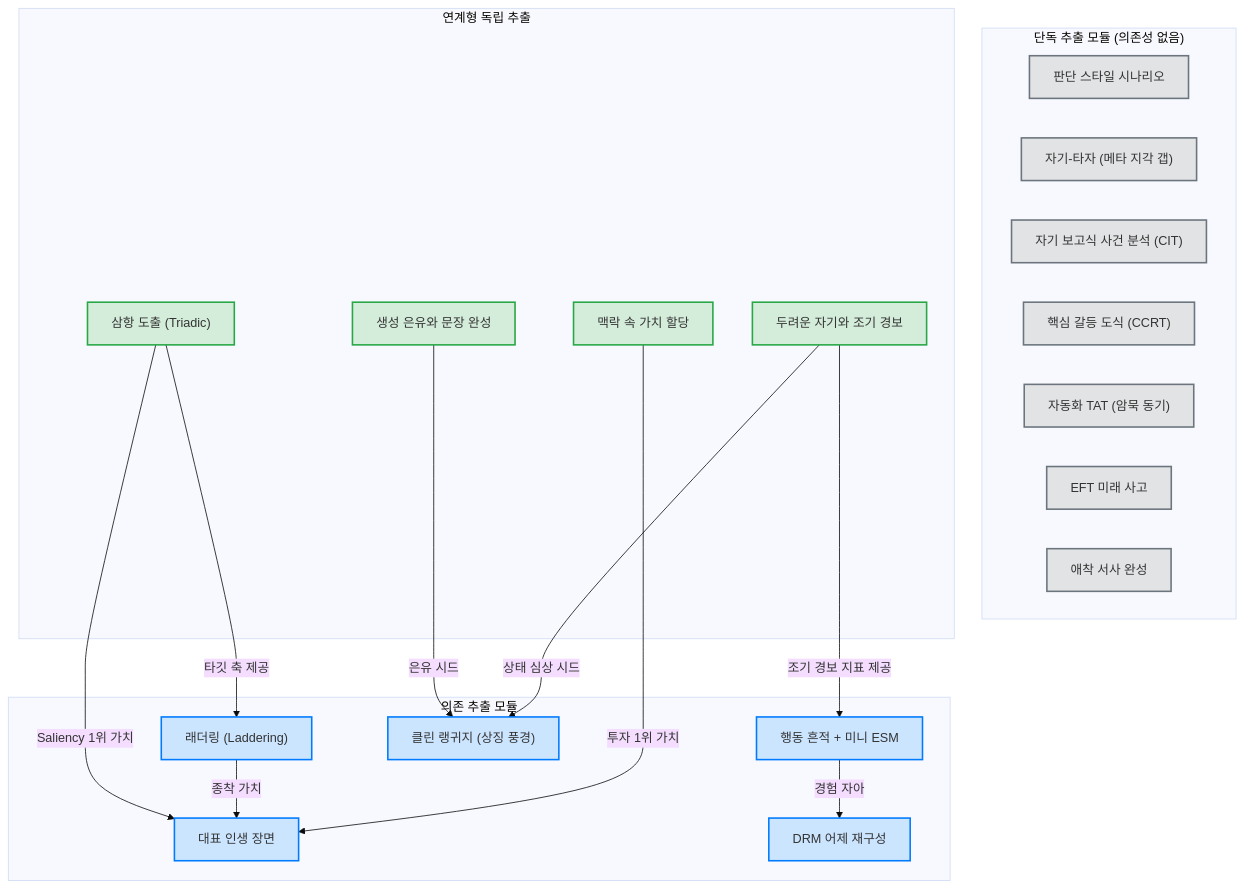
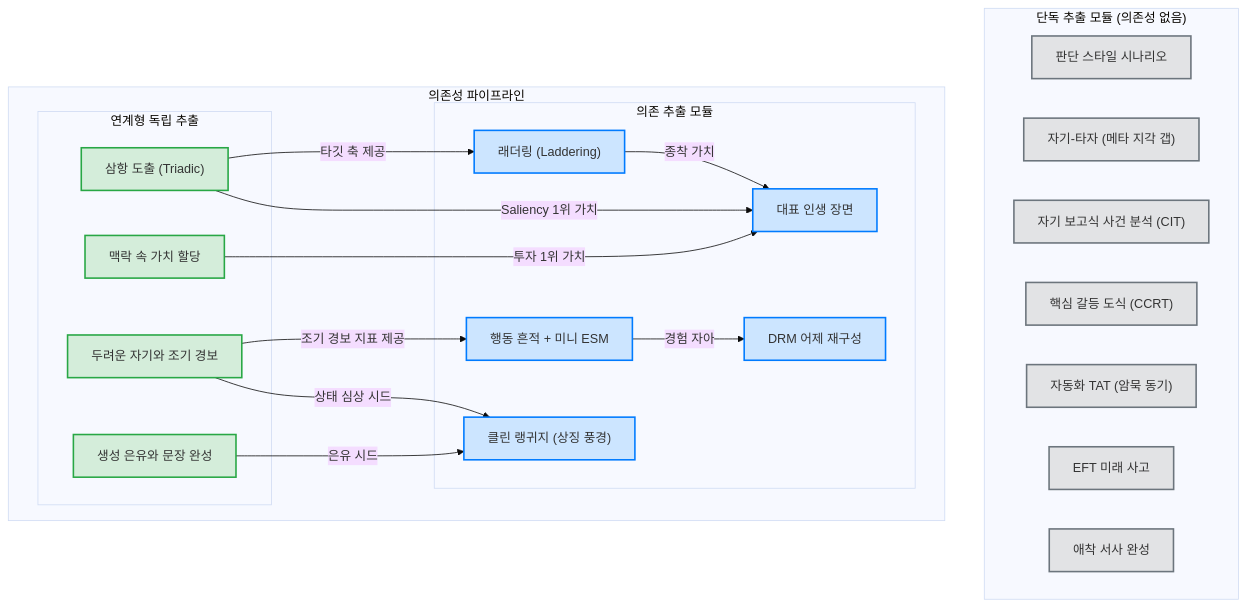
The diagram in Extracting the human mind.md (YiTanJang/extracting-the-human-mind), drawn with Mermaid (base theme) before and after one commit.

Commit message:
chore: fix mermaid diagram vertical stretching

````diff
--- a/Extracting the human mind.md
+++ b/Extracting the human mind.md
@@ -80,40 +80,42 @@
 ```mermaid
 graph TD
     classDef startNode fill:#d4edda,stroke:#28a745,stroke-width:2px;
     classDef depNode fill:#cce5ff,stroke:#007bff,stroke-width:2px;
     classDef standaloneNode fill:#e2e3e5,stroke:#6c757d,stroke-width:2px;
 
     subgraph "단독 추출 모듈 (의존성 없음)"
         M4["판단 스타일 시나리오"]:::standaloneNode
         M5["자기-타자 (메타 지각 갭)"]:::standaloneNode
         M6["자기 보고식 사건 분석 (CIT)"]:::standaloneNode
         M7["핵심 갈등 도식 (CCRT)"]:::standaloneNode
         M9["자동화 TAT (암묵 동기)"]:::standaloneNode
         M10["EFT 미래 사고"]:::standaloneNode
         M11["애착 서사 완성"]:::standaloneNode
     end
 
-    subgraph "연계형 독립 추출"
-        M1["생성 은유와 문장 완성"]:::startNode
-        M2["맥락 속 가치 할당"]:::startNode
-        M3["두려운 자기와 조기 경보"]:::startNode
-        M8["삼항 도출 (Triadic)"]:::startNode
-    end
+    subgraph "의존성 파이프라인"
+        subgraph "연계형 독립 추출"
+            M1["생성 은유와 문장 완성"]:::startNode
+            M2["맥락 속 가치 할당"]:::startNode
+            M3["두려운 자기와 조기 경보"]:::startNode
+            M8["삼항 도출 (Triadic)"]:::startNode
+        end
 
-    subgraph "의존 추출 모듈"
-        D1["래더링 (Laddering)"]:::depNode
-        D2["대표 인생 장면"]:::depNode
-        D3["행동 흔적 + 미니 ESM"]:::depNode
-        D4["DRM 어제 재구성"]:::depNode
-        D5["클린 랭귀지 (상징 풍경)"]:::depNode
+        subgraph "의존 추출 모듈"
+            D1["래더링 (Laddering)"]:::depNode
+            D2["대표 인생 장면"]:::depNode
+            D3["행동 흔적 + 미니 ESM"]:::depNode
+            D4["DRM 어제 재구성"]:::depNode
+            D5["클린 랭귀지 (상징 풍경)"]:::depNode
+        end
     end
 
     M8 -->|타깃 축 제공| D1
     M8 -->|Saliency 1위 가치| D2
     D1 -->|종착 가치| D2
     M2 -->|투자 1위 가치| D2
     M3 -->|조기 경보 지표 제공| D3
     D3 -->|경험 자아| D4
     M1 -->|은유 시드| D5
     M3 -->|상태 심상 시드| D5
 ```
````
